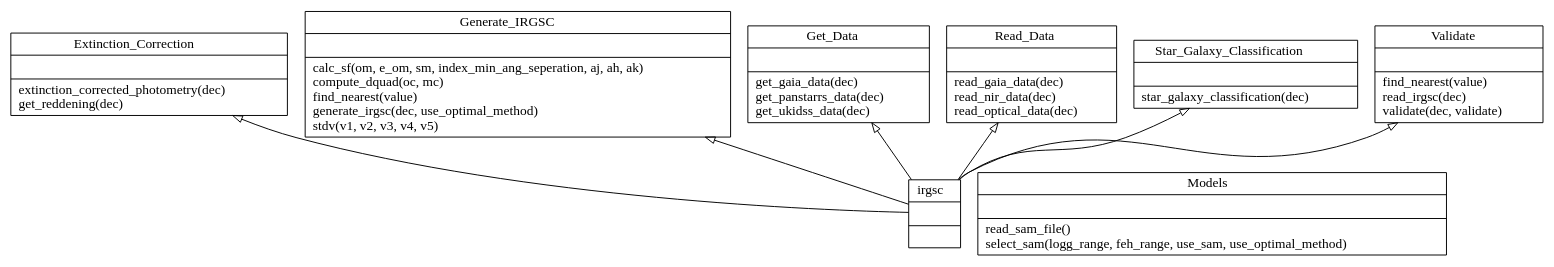
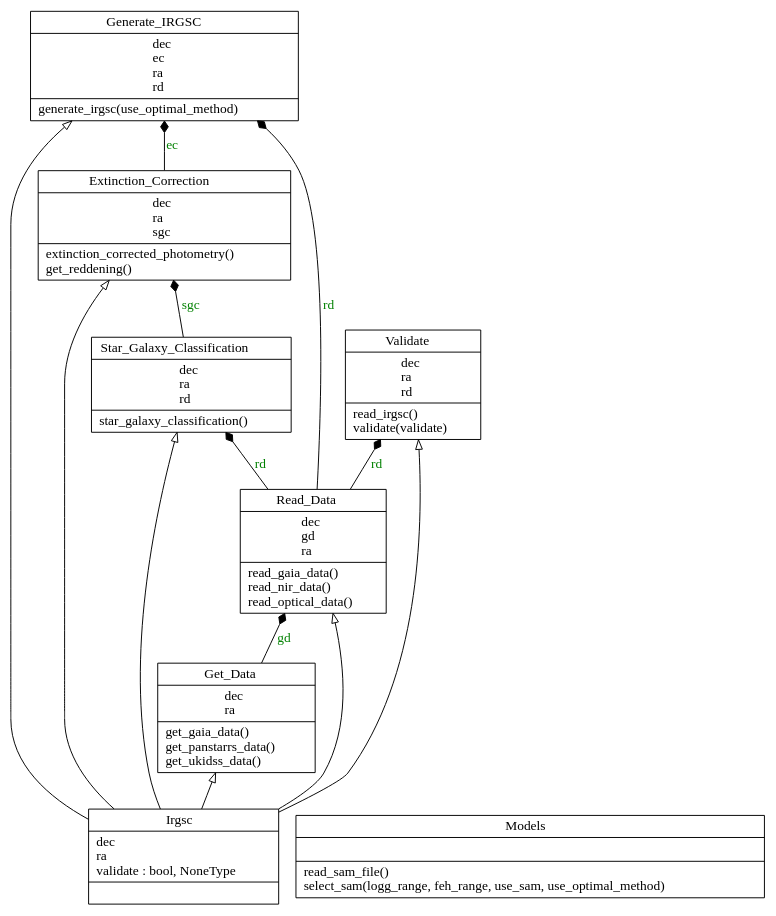
The diagram in classes.dot (sshah1502/irgsc), drawn with Graphviz before and after one commit. The commit also changed 2 other files, not shown here.

```diff
--- a/classes.dot
+++ b/classes.dot
@@ -1,18 +1,24 @@
 digraph "classes" {
 rankdir=BT
 charset="utf-8"
-"irgsctool._extinction_correction.Extinction_Correction" [color="black", fontcolor="black", label=<{Extinction_Correction|<br ALIGN="LEFT"/>|extinction_corrected_photometry(dec)<br ALIGN="LEFT"/>get_reddening(dec)<br ALIGN="LEFT"/>}>, shape="record", style="solid"];
-"irgsctool._fitting.Generate_IRGSC" [color="black", fontcolor="black", label=<{Generate_IRGSC|<br ALIGN="LEFT"/>|calc_sf(om, e_om, sm, index_min_ang_seperation, aj, ah, ak)<br ALIGN="LEFT"/>compute_dquad(oc, mc)<br ALIGN="LEFT"/>find_nearest(value)<br ALIGN="LEFT"/>generate_irgsc(dec, use_optimal_method)<br ALIGN="LEFT"/>stdv(v1, v2, v3, v4, v5)<br ALIGN="LEFT"/>}>, shape="record", style="solid"];
-"irgsctool._get_data.Get_Data" [color="black", fontcolor="black", label=<{Get_Data|<br ALIGN="LEFT"/>|get_gaia_data(dec)<br ALIGN="LEFT"/>get_panstarrs_data(dec)<br ALIGN="LEFT"/>get_ukidss_data(dec)<br ALIGN="LEFT"/>}>, shape="record", style="solid"];
+"irgsctool._extinction_correction.Extinction_Correction" [color="black", fontcolor="black", label=<{Extinction_Correction|dec<br ALIGN="LEFT"/>ra<br ALIGN="LEFT"/>sgc<br ALIGN="LEFT"/>|extinction_corrected_photometry()<br ALIGN="LEFT"/>get_reddening()<br ALIGN="LEFT"/>}>, shape="record", style="solid"];
+"irgsctool._fitting.Generate_IRGSC" [color="black", fontcolor="black", label=<{Generate_IRGSC|dec<br ALIGN="LEFT"/>ec<br ALIGN="LEFT"/>ra<br ALIGN="LEFT"/>rd<br ALIGN="LEFT"/>|generate_irgsc(use_optimal_method)<br ALIGN="LEFT"/>}>, shape="record", style="solid"];
+"irgsctool._get_data.Get_Data" [color="black", fontcolor="black", label=<{Get_Data|dec<br ALIGN="LEFT"/>ra<br ALIGN="LEFT"/>|get_gaia_data()<br ALIGN="LEFT"/>get_panstarrs_data()<br ALIGN="LEFT"/>get_ukidss_data()<br ALIGN="LEFT"/>}>, shape="record", style="solid"];
+"irgsctool.Irgsc" [color="black", fontcolor="black", label=<{Irgsc|dec<br ALIGN="LEFT"/>ra<br ALIGN="LEFT"/>validate : bool, NoneType<br ALIGN="LEFT"/>|}>, shape="record", style="solid"];
 "irgsctool._sam.Models" [color="black", fontcolor="black", label=<{Models|<br ALIGN="LEFT"/>|read_sam_file()<br ALIGN="LEFT"/>select_sam(logg_range, feh_range, use_sam, use_optimal_method)<br ALIGN="LEFT"/>}>, shape="record", style="solid"];
-"irgsctool._read_data.Read_Data" [color="black", fontcolor="black", label=<{Read_Data|<br ALIGN="LEFT"/>|read_gaia_data(dec)<br ALIGN="LEFT"/>read_nir_data(dec)<br ALIGN="LEFT"/>read_optical_data(dec)<br ALIGN="LEFT"/>}>, shape="record", style="solid"];
-"irgsctool._sgc.Star_Galaxy_Classification" [color="black", fontcolor="black", label=<{Star_Galaxy_Classification|<br ALIGN="LEFT"/>|star_galaxy_classification(dec)<br ALIGN="LEFT"/>}>, shape="record", style="solid"];
-"irgsctool._validate.Validate" [color="black", fontcolor="black", label=<{Validate|<br ALIGN="LEFT"/>|find_nearest(value)<br ALIGN="LEFT"/>read_irgsc(dec)<br ALIGN="LEFT"/>validate(dec, validate)<br ALIGN="LEFT"/>}>, shape="record", style="solid"];
-"irgsctool.irgsc" [color="black", fontcolor="black", label=<{irgsc|<br ALIGN="LEFT"/>|}>, shape="record", style="solid"];
-"irgsctool.irgsc" -> "irgsctool._extinction_correction.Extinction_Correction" [arrowhead="empty", arrowtail="none"];
-"irgsctool.irgsc" -> "irgsctool._fitting.Generate_IRGSC" [arrowhead="empty", arrowtail="none"];
-"irgsctool.irgsc" -> "irgsctool._get_data.Get_Data" [arrowhead="empty", arrowtail="none"];
-"irgsctool.irgsc" -> "irgsctool._read_data.Read_Data" [arrowhead="empty", arrowtail="none"];
-"irgsctool.irgsc" -> "irgsctool._sgc.Star_Galaxy_Classification" [arrowhead="empty", arrowtail="none"];
-"irgsctool.irgsc" -> "irgsctool._validate.Validate" [arrowhead="empty", arrowtail="none"];
+"irgsctool._read_data.Read_Data" [color="black", fontcolor="black", label=<{Read_Data|dec<br ALIGN="LEFT"/>gd<br ALIGN="LEFT"/>ra<br ALIGN="LEFT"/>|read_gaia_data()<br ALIGN="LEFT"/>read_nir_data()<br ALIGN="LEFT"/>read_optical_data()<br ALIGN="LEFT"/>}>, shape="record", style="solid"];
+"irgsctool._sgc.Star_Galaxy_Classification" [color="black", fontcolor="black", label=<{Star_Galaxy_Classification|dec<br ALIGN="LEFT"/>ra<br ALIGN="LEFT"/>rd<br ALIGN="LEFT"/>|star_galaxy_classification()<br ALIGN="LEFT"/>}>, shape="record", style="solid"];
+"irgsctool._validate.Validate" [color="black", fontcolor="black", label=<{Validate|dec<br ALIGN="LEFT"/>ra<br ALIGN="LEFT"/>rd<br ALIGN="LEFT"/>|read_irgsc()<br ALIGN="LEFT"/>validate(validate)<br ALIGN="LEFT"/>}>, shape="record", style="solid"];
+"irgsctool.Irgsc" -> "irgsctool._extinction_correction.Extinction_Correction" [arrowhead="empty", arrowtail="none"];
+"irgsctool.Irgsc" -> "irgsctool._fitting.Generate_IRGSC" [arrowhead="empty", arrowtail="none"];
+"irgsctool.Irgsc" -> "irgsctool._get_data.Get_Data" [arrowhead="empty", arrowtail="none"];
+"irgsctool.Irgsc" -> "irgsctool._read_data.Read_Data" [arrowhead="empty", arrowtail="none"];
+"irgsctool.Irgsc" -> "irgsctool._sgc.Star_Galaxy_Classification" [arrowhead="empty", arrowtail="none"];
+"irgsctool.Irgsc" -> "irgsctool._validate.Validate" [arrowhead="empty", arrowtail="none"];
+"irgsctool._extinction_correction.Extinction_Correction" -> "irgsctool._fitting.Generate_IRGSC" [arrowhead="diamond", arrowtail="none", fontcolor="green", label="ec", style="solid"];
+"irgsctool._get_data.Get_Data" -> "irgsctool._read_data.Read_Data" [arrowhead="diamond", arrowtail="none", fontcolor="green", label="gd", style="solid"];
+"irgsctool._read_data.Read_Data" -> "irgsctool._fitting.Generate_IRGSC" [arrowhead="diamond", arrowtail="none", fontcolor="green", label="rd", style="solid"];
+"irgsctool._read_data.Read_Data" -> "irgsctool._sgc.Star_Galaxy_Classification" [arrowhead="diamond", arrowtail="none", fontcolor="green", label="rd", style="solid"];
+"irgsctool._read_data.Read_Data" -> "irgsctool._validate.Validate" [arrowhead="diamond", arrowtail="none", fontcolor="green", label="rd", style="solid"];
+"irgsctool._sgc.Star_Galaxy_Classification" -> "irgsctool._extinction_correction.Extinction_Correction" [arrowhead="diamond", arrowtail="none", fontcolor="green", label="sgc", style="solid"];
 }
```
